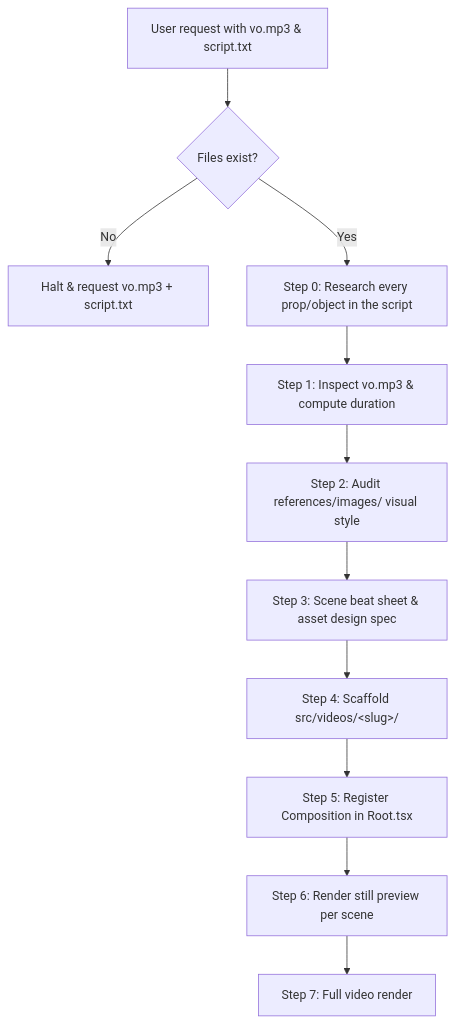
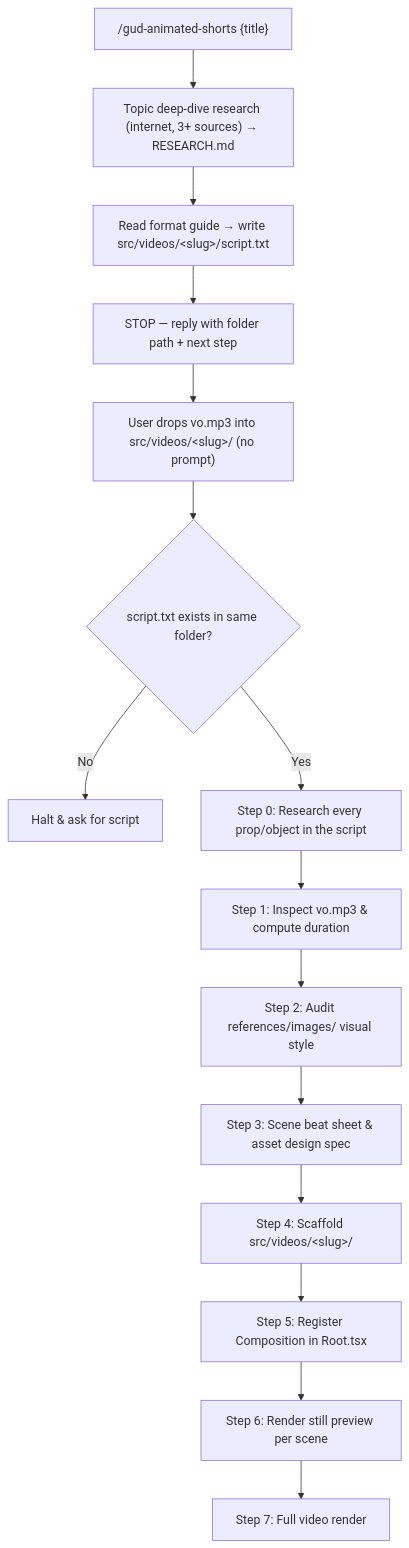
Before and after one commit to aguspranyoto/gud-animated-shorts: the diagram in SKILL.md, drawn with Mermaid. The commit also changed other lines of this file and 1 other file, not shown here.

First line of the commit message:
feat: two-stage pipeline with title-only invocation and mandatory research

````diff
--- a/SKILL.md
+++ b/SKILL.md
@@ -468,13 +487,17 @@
 ```mermaid
 flowchart TD
-    A["User request with vo.mp3 & script.txt"] --> B{"Files exist?"}
-    B -- No --> C["Halt & request vo.mp3 + script.txt"]
+    A["/gud-animated-shorts {title}"] --> R["Topic deep-dive research (internet, 3+ sources) → RESEARCH.md"]
+    R --> S["Read format guide → write src/videos/&lt;slug&gt;/script.txt"]
+    S --> T["STOP — reply with folder path + next step"]
+    T --> U["User drops vo.mp3 into src/videos/&lt;slug&gt;/ (no prompt)"]
+    U --> B{"script.txt exists in same folder?"}
+    B -- No --> C["Halt & ask for script"]
     B -- Yes --> D["Step 0: Research every prop/object in the script"]
     D --> E["Step 1: Inspect vo.mp3 & compute duration"]
     E --> F["Step 2: Audit references/images/ visual style"]
     F --> G["Step 3: Scene beat sheet & asset design spec"]
     G --> H["Step 4: Scaffold src/videos/&lt;slug&gt;/"]
     H --> I["Step 5: Register Composition in Root.tsx"]
     I --> J["Step 6: Render still preview per scene"]
     J --> K["Step 7: Full video render"]
 ```
````
